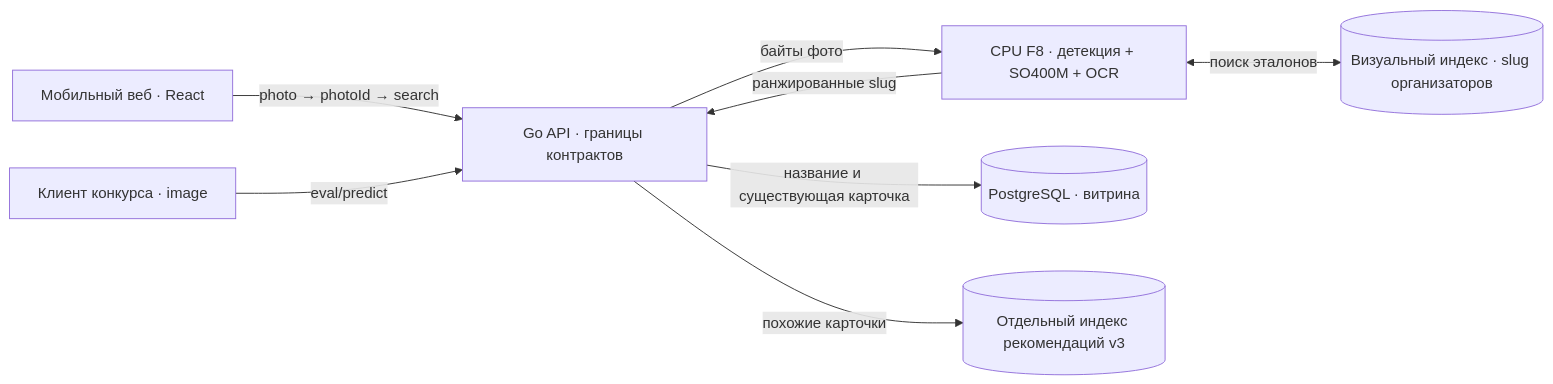
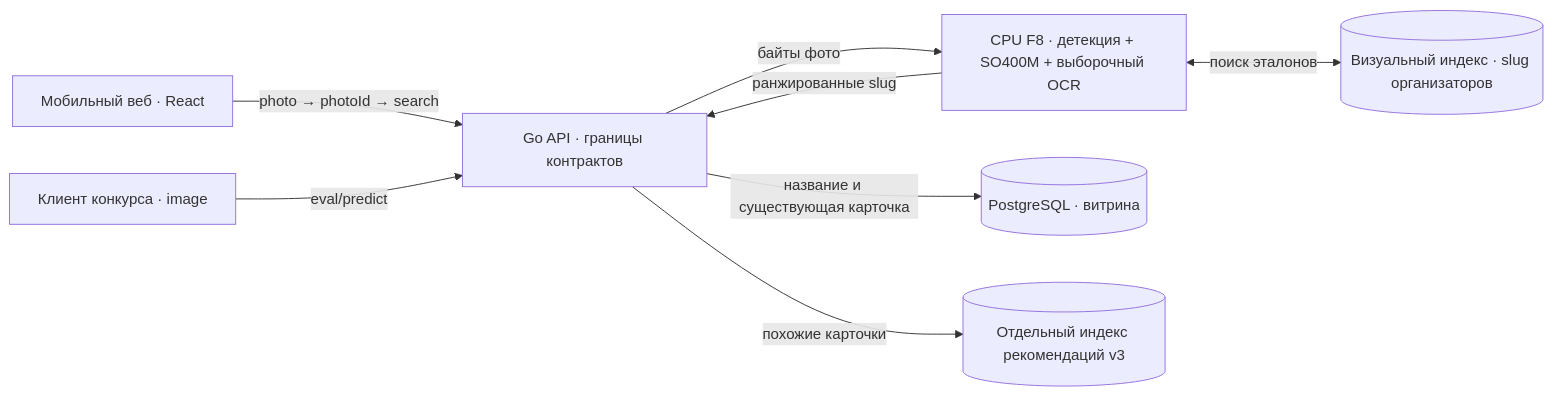
Before and after one commit to ai-babai/brutforce: the second of 2 diagrams in README.md, drawn with Mermaid. The commit also changed other lines of this file and 1 other file, not shown here.

Commit message:
Explain CPU and GPU recognition paths in README [skip ci]

````diff
--- a/README.md
+++ b/README.md
@@ -119,10 +138,10 @@
 ```mermaid
 flowchart LR
     web["Мобильный веб · React"] -->|photo → photoId → search| api["Go API · границы контрактов"]
     contest["Клиент конкурса · image"] -->|eval/predict| api
-    api -->|байты фото| vision["CPU F8 · детекция + SO400M + OCR"]
+    api -->|байты фото| vision["CPU F8 · детекция + SO400M + выборочный OCR"]
     vision <-->|поиск эталонов| visual[("Визуальный индекс · slug организаторов")]
     vision -->|ранжированные slug| api
     api -->|название и существующая карточка| catalog[("PostgreSQL · витрина")]
     api -->|похожие карточки| recommendations[("Отдельный индекс рекомендаций v3")]
 ```
````
